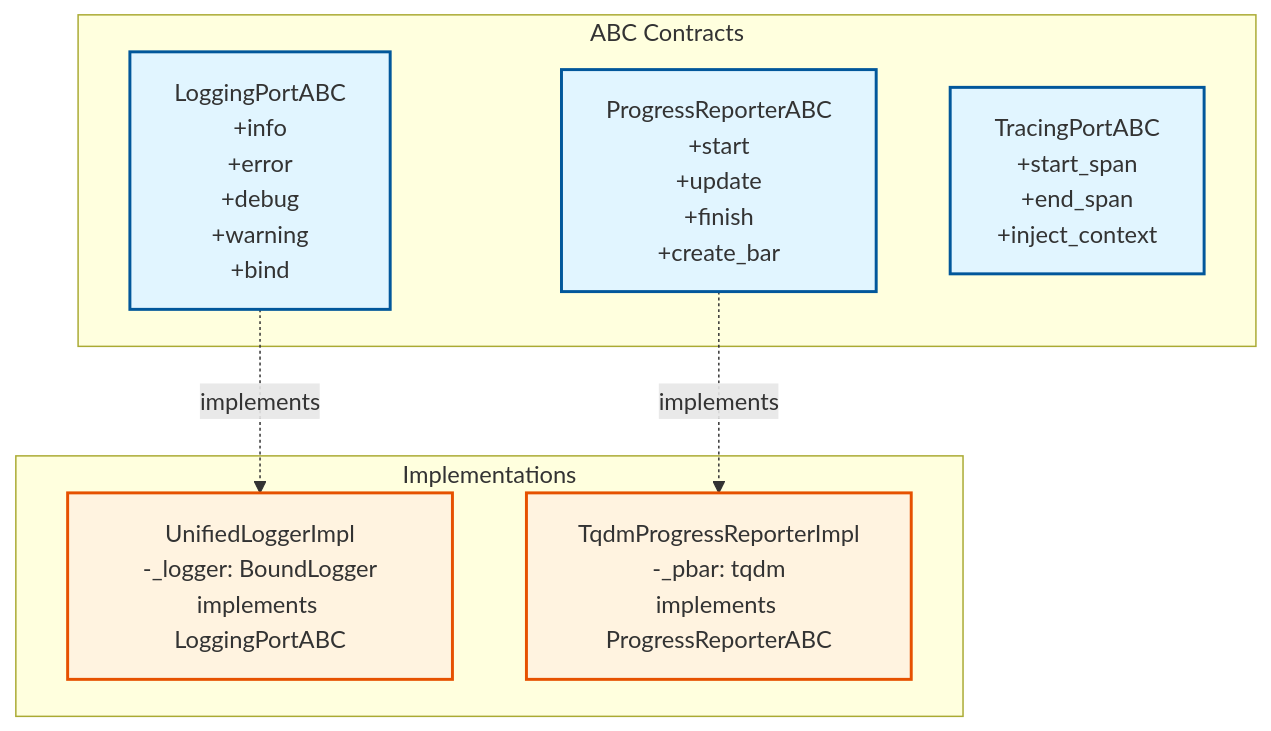
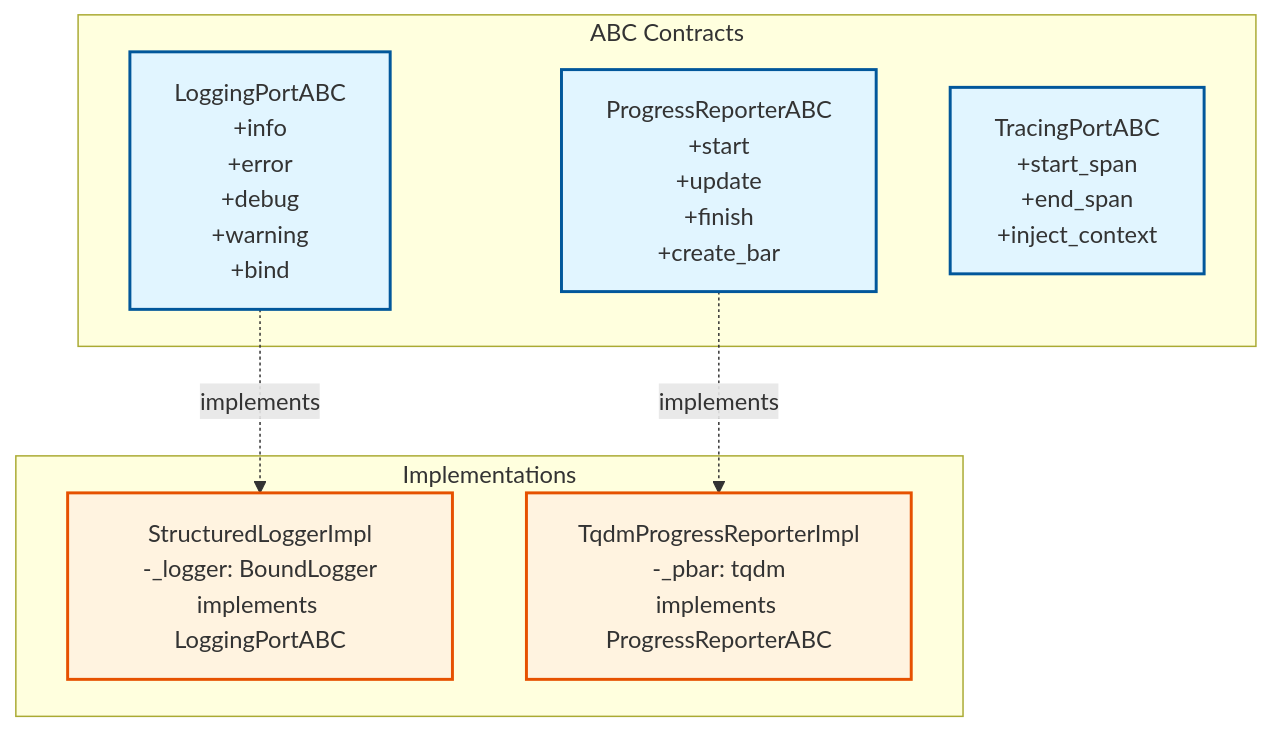
Before and after one commit to SatoryKono/BioactivityDataAcquisition: the first of 2 diagrams in docs/infrastructure/logging/00-logging-diagram.md, drawn with Mermaid. The commit also changed other lines of this file and 5 other files, not shown here.

First line of the commit message:
refactor(infrastructure): remove duplicate UnifiedLoggerImpl class

````diff
--- a/docs/infrastructure/logging/00-logging-diagram.md
+++ b/docs/infrastructure/logging/00-logging-diagram.md
@@ -5,22 +5,22 @@
 ```mermaid
 graph TB
     subgraph "ABC Contracts"
         LA[LoggingPortABC<br/>+info<br/>+error<br/>+debug<br/>+warning<br/>+bind]
         PA[ProgressReporterABC<br/>+start<br/>+update<br/>+finish<br/>+create_bar]
         TA[TracingPortABC<br/>+start_span<br/>+end_span<br/>+inject_context]
     end
     
     subgraph "Implementations"
-        UL[UnifiedLoggerImpl<br/>-_logger: BoundLogger<br/>implements LoggingPortABC]
+        SL[StructuredLoggerImpl<br/>-_logger: BoundLogger<br/>implements LoggingPortABC]
         TP[TqdmProgressReporterImpl<br/>-_pbar: tqdm<br/>implements ProgressReporterABC]
     end
     
-    LA -.->|implements| UL
+    LA -.->|implements| SL
     PA -.->|implements| TP
     
     style LA fill:#e1f5ff,stroke:#01579b,stroke-width:2px
     style PA fill:#e1f5ff,stroke:#01579b,stroke-width:2px
     style TA fill:#e1f5ff,stroke:#01579b,stroke-width:2px
-    style UL fill:#fff3e0,stroke:#e65100,stroke-width:2px
+    style SL fill:#fff3e0,stroke:#e65100,stroke-width:2px
     style TP fill:#fff3e0,stroke:#e65100,stroke-width:2px
 ```
````
